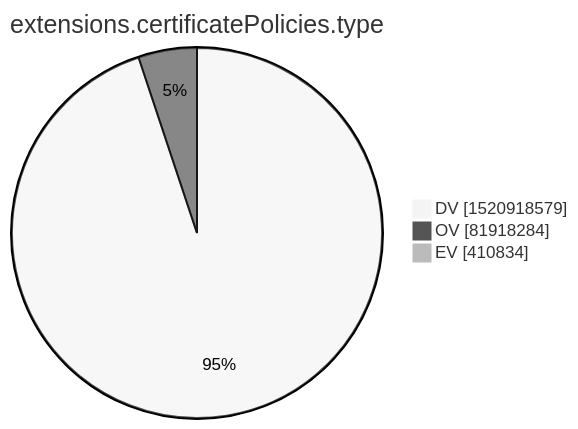
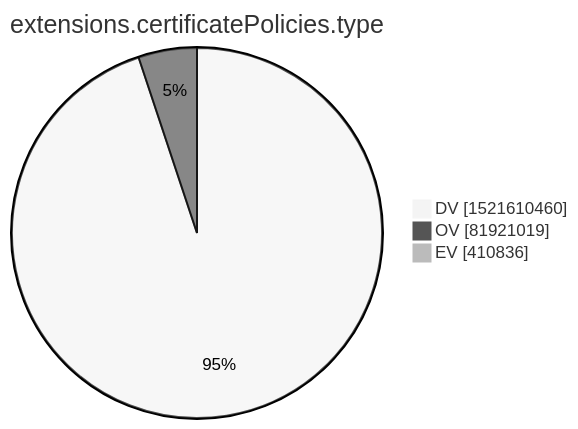
Before and after one commit to christiankrug/ctmonitor_visualization: the tenth of 15 diagrams in xenon2022/README.md, drawn with Mermaid (neutral theme). The commit also changed other lines of this file, not shown here.

````diff
--- a/xenon2022/README.md
+++ b/xenon2022/README.md
@@ -2875,7 +2875,7 @@
 ```mermaid
 pie showData
 title extensions.certificatePolicies.type
-"DV" :1520918579
-"OV" :81918284
-"EV" :410834
+"DV" :1521610460
+"OV" :81921019
+"EV" :410836
 ```
````
